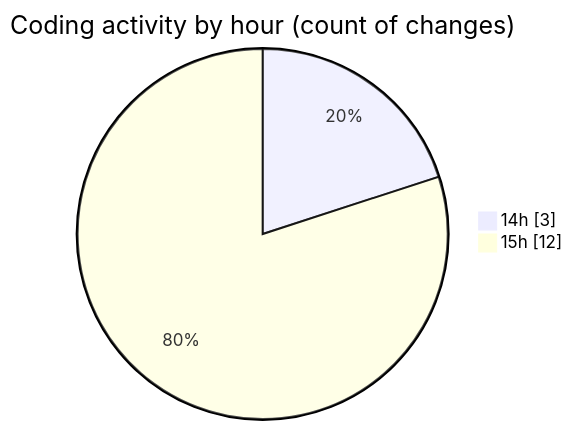
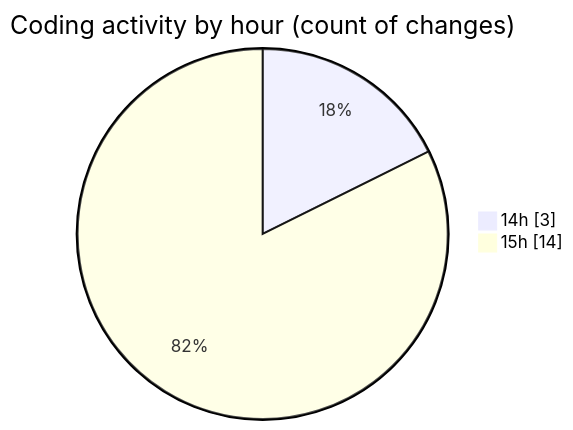
Before and after one commit to idhammustaqopulfikri/code-tracking: the second of 2 diagrams in 2025-05-30/studio-backend/README.md, drawn with Mermaid. The commit also changed other lines of this file and 1 other file, not shown here.

````diff
--- a/2025-05-30/studio-backend/README.md
+++ b/2025-05-30/studio-backend/README.md
@@ -36,6 +36,6 @@
 ```mermaid
 pie showData
 title Coding activity by hour (count of changes)
 "14h" : 3
-"15h" : 12
+"15h" : 14
 ```
````
